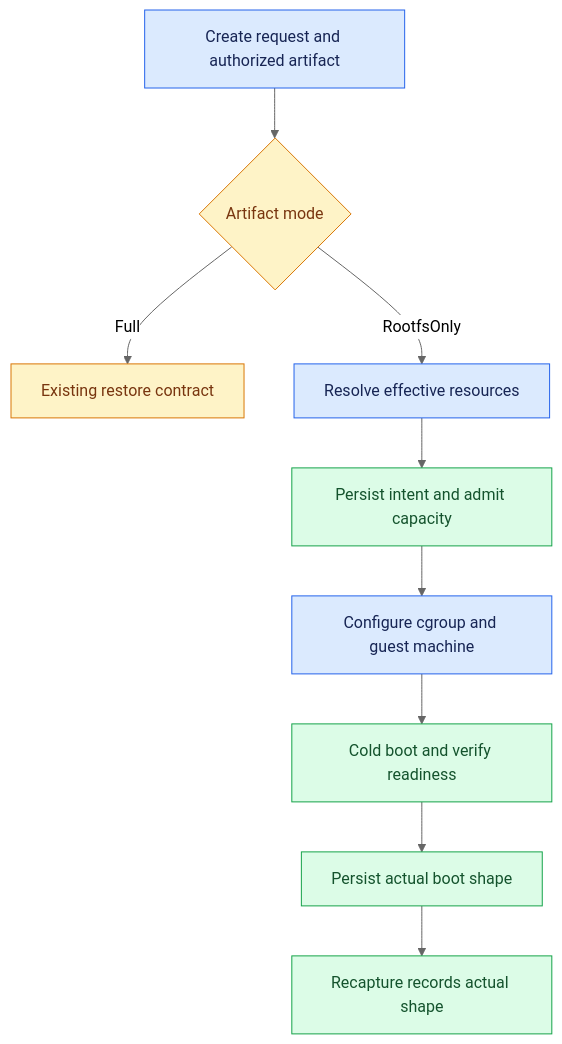
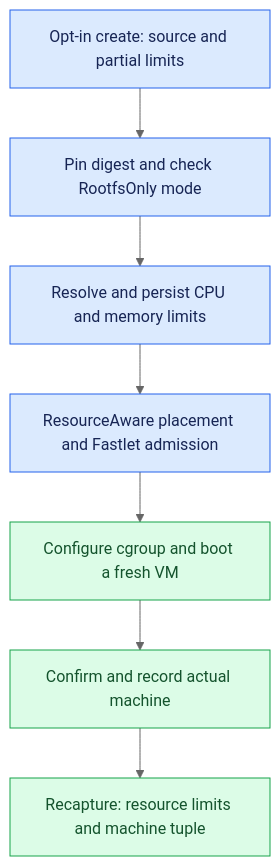
One commit to opensandbox-group/fast-sandbox changed the diagram in fseps/0005-rootfs-only-create-overrides.md. Above: the diagram before and after it, drawn with Mermaid (neutral theme). The commit also changed other lines of this file and 1 other file, not shown here.

Commit message:
docs(fsep): define resource inheritance and link OSEP-0032

````diff
--- a/fseps/0005-rootfs-only-create-overrides.md
+++ b/fseps/0005-rootfs-only-create-overrides.md
@@ -55,17 +32,13 @@
 ```mermaid
 flowchart TD
-    R["Create request and authorized artifact"] --> M{"Artifact mode"}
-    M -->|Full| F["Existing restore contract"]
-    M -->|RootfsOnly| E["Resolve effective resources"]
-    E --> P["Persist intent and admit capacity"]
-    P --> V["Configure cgroup and guest machine"]
-    V --> B["Cold boot and verify readiness"]
-    B --> S["Persist actual boot shape"]
-    S --> N["Recapture records actual shape"]
-    classDef blue fill:#dbeafe,stroke:#2563eb,color:#172554
-    classDef green fill:#dcfce7,stroke:#16a34a,color:#14532d
-    classDef amber fill:#fef3c7,stroke:#d97706,color:#78350f
-    class R,E,V blue
-    class P,B,S,N green
-    class M,F amber
+    A["Opt-in create: source and partial limits"] --> B["Pin digest and check RootfsOnly mode"]
+    B --> C["Resolve and persist CPU and memory limits"]
+    C --> D["ResourceAware placement and Fastlet admission"]
+    D --> E["Configure cgroup and boot a fresh VM"]
+    E --> F["Confirm and record actual machine"]
+    F --> G["Recapture: resource limits and machine tuple"]
+    classDef control fill:#dbeafe,stroke:#2563eb,color:#172554
+    classDef runtime fill:#dcfce7,stroke:#16a34a,color:#14532d
+    class A,B,C,D control
+    class E,F,G runtime
 ```
````
